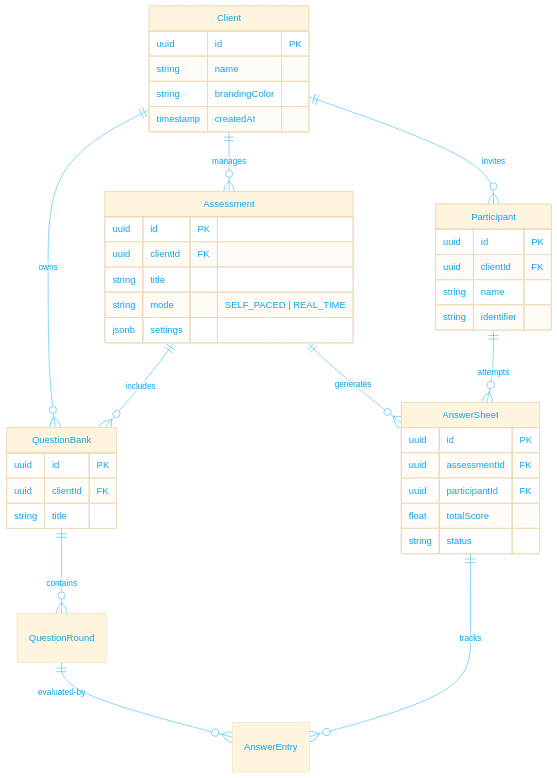
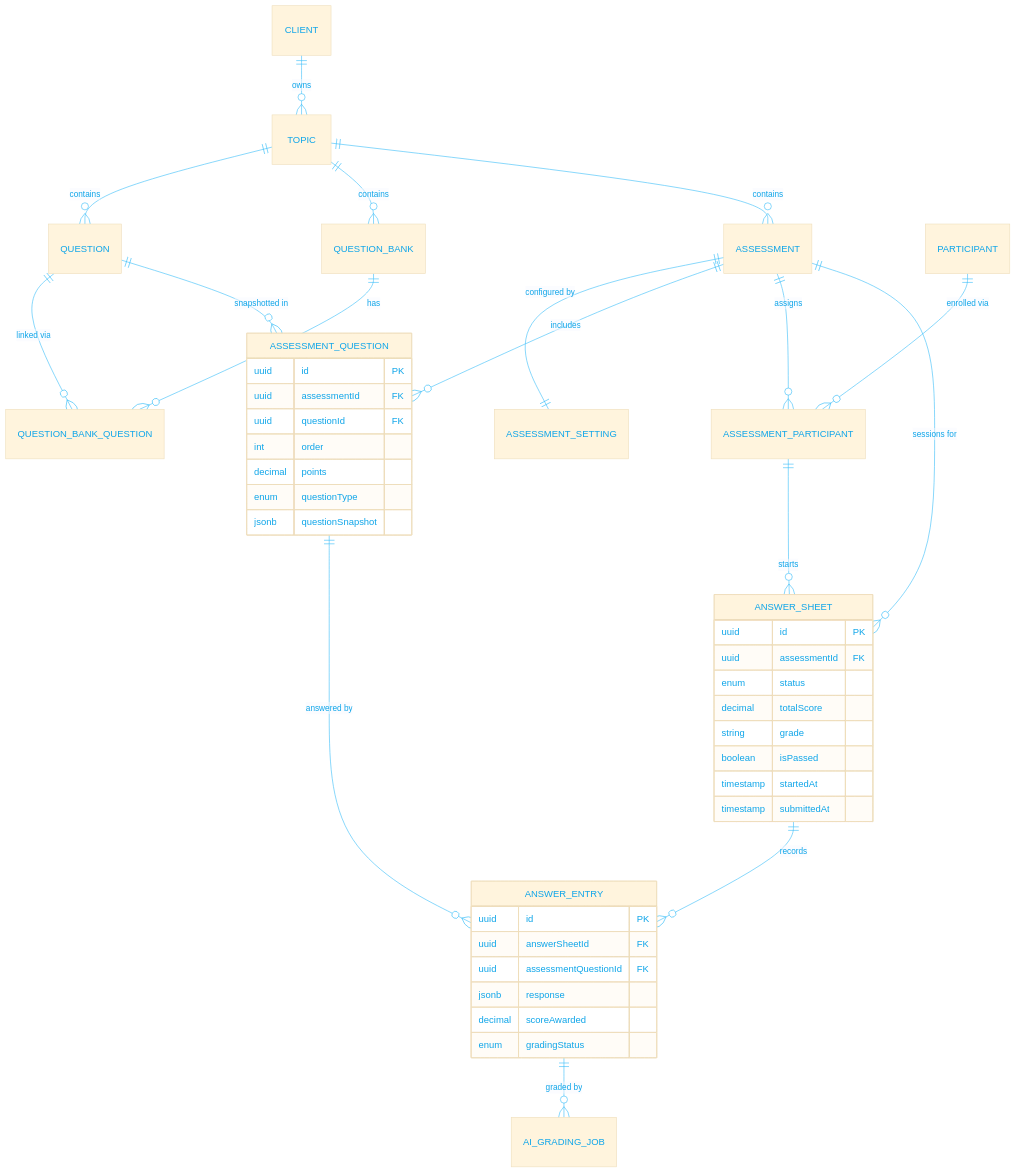
One commit to KhornMolika/assessment-service-documentation changed the second of 2 diagrams in 01-system-architecture.md. Above: the diagram before and after it, drawn with Mermaid.

````diff
--- a/01-system-architecture.md
+++ b/01-system-architecture.md
@@ -57,50 +57,53 @@
 ```mermaid
 %%{init: { 'theme': 'base', 'themeVariables': { 'textColor': '#0ea5e9', 'lineColor': '#38bdf8', 'primaryTextColor': '#0ea5e9' } } }%%
 erDiagram
-    Client {
+    CLIENT ||--o{ TOPIC : owns
+    TOPIC ||--o{ QUESTION : contains
+    TOPIC ||--o{ QUESTION_BANK : contains
+    TOPIC ||--o{ ASSESSMENT : contains
+
+    QUESTION_BANK ||--o{ QUESTION_BANK_QUESTION : has
+    QUESTION ||--o{ QUESTION_BANK_QUESTION : "linked via"
+
+    ASSESSMENT ||--|| ASSESSMENT_SETTING : "configured by"
+    ASSESSMENT ||--o{ ASSESSMENT_QUESTION : includes
+    QUESTION ||--o{ ASSESSMENT_QUESTION : "snapshotted in"
+    ASSESSMENT ||--o{ ASSESSMENT_PARTICIPANT : assigns
+    PARTICIPANT ||--o{ ASSESSMENT_PARTICIPANT : "enrolled via"
+
+    ASSESSMENT ||--o{ ANSWER_SHEET : "sessions for"
+    ASSESSMENT_PARTICIPANT ||--o{ ANSWER_SHEET : starts
+    ANSWER_SHEET ||--o{ ANSWER_ENTRY : records
+    ASSESSMENT_QUESTION ||--o{ ANSWER_ENTRY : "answered by"
+    ANSWER_ENTRY ||--o{ AI_GRADING_JOB : "graded by"
+
+    ASSESSMENT_QUESTION {
         uuid id PK
-        string name
-        string brandingColor
-        timestamp createdAt
-    }
-    
-    Participant {
-        uuid id PK
-        uuid clientId FK
-        string name
-        string identifier
+        uuid assessmentId FK
+        uuid questionId FK
+        int order
+        decimal points
+        enum questionType
+        jsonb questionSnapshot
     }
 
-    Assessment {
+    ANSWER_SHEET {
         uuid id PK
-        uuid clientId FK
-        string title
-        string mode "SELF_PACED | REAL_TIME"
-        jsonb settings
+        uuid assessmentId FK
+        enum status
+        decimal totalScore
+        string grade
+        boolean isPassed
+        timestamp startedAt
+        timestamp submittedAt
     }
 
-    QuestionBank {
+    ANSWER_ENTRY {
         uuid id PK
-        uuid clientId FK
-        string title
+        uuid answerSheetId FK
+        uuid assessmentQuestionId FK
+        jsonb response
+        decimal scoreAwarded
+        enum gradingStatus
     }
-
-    AnswerSheet {
-        uuid id PK
-        uuid assessmentId FK
-        uuid participantId FK
-        float totalScore
-        string status
-    }
-
-    Client ||--o{ QuestionBank : owns
-    Client ||--o{ Assessment : manages
-    Client ||--o{ Participant : invites
-
-    Assessment ||--o{ QuestionBank : includes
-    Assessment ||--o{ AnswerSheet : generates
-    Participant ||--o{ AnswerSheet : attempts
-    QuestionBank ||--o{ QuestionRound : contains
-    AnswerSheet ||--o{ AnswerEntry : tracks
-    QuestionRound ||--o{ AnswerEntry : evaluated-by
 ```
````
